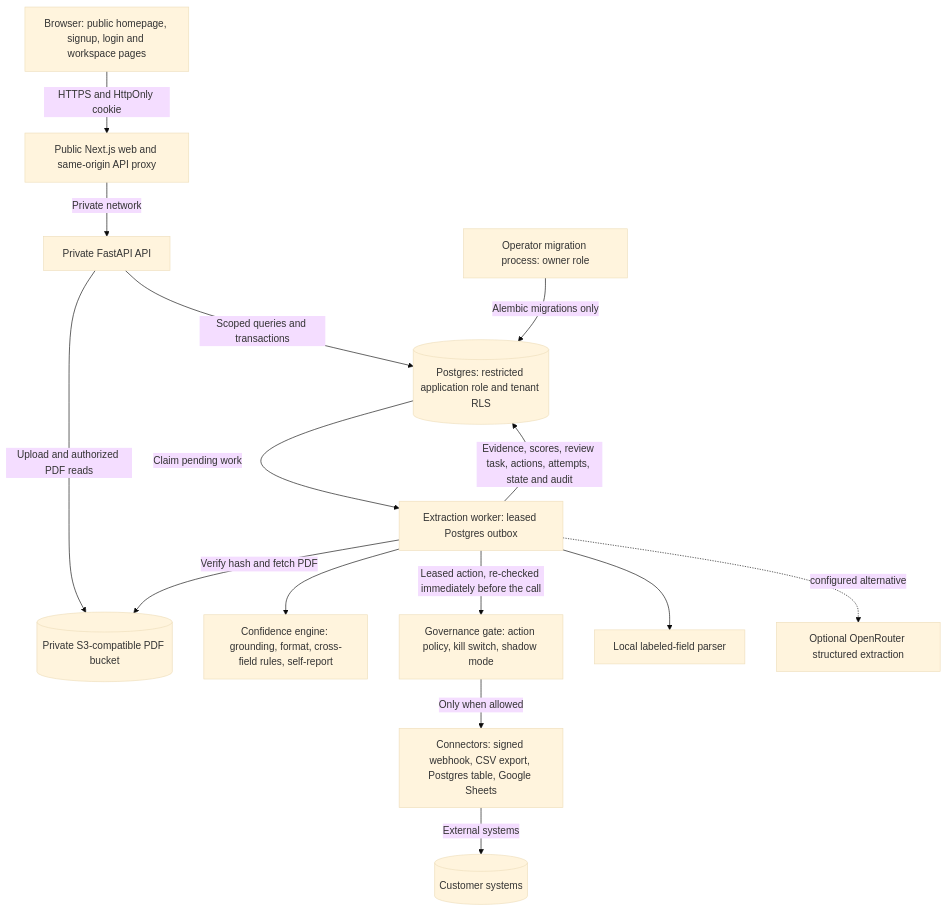
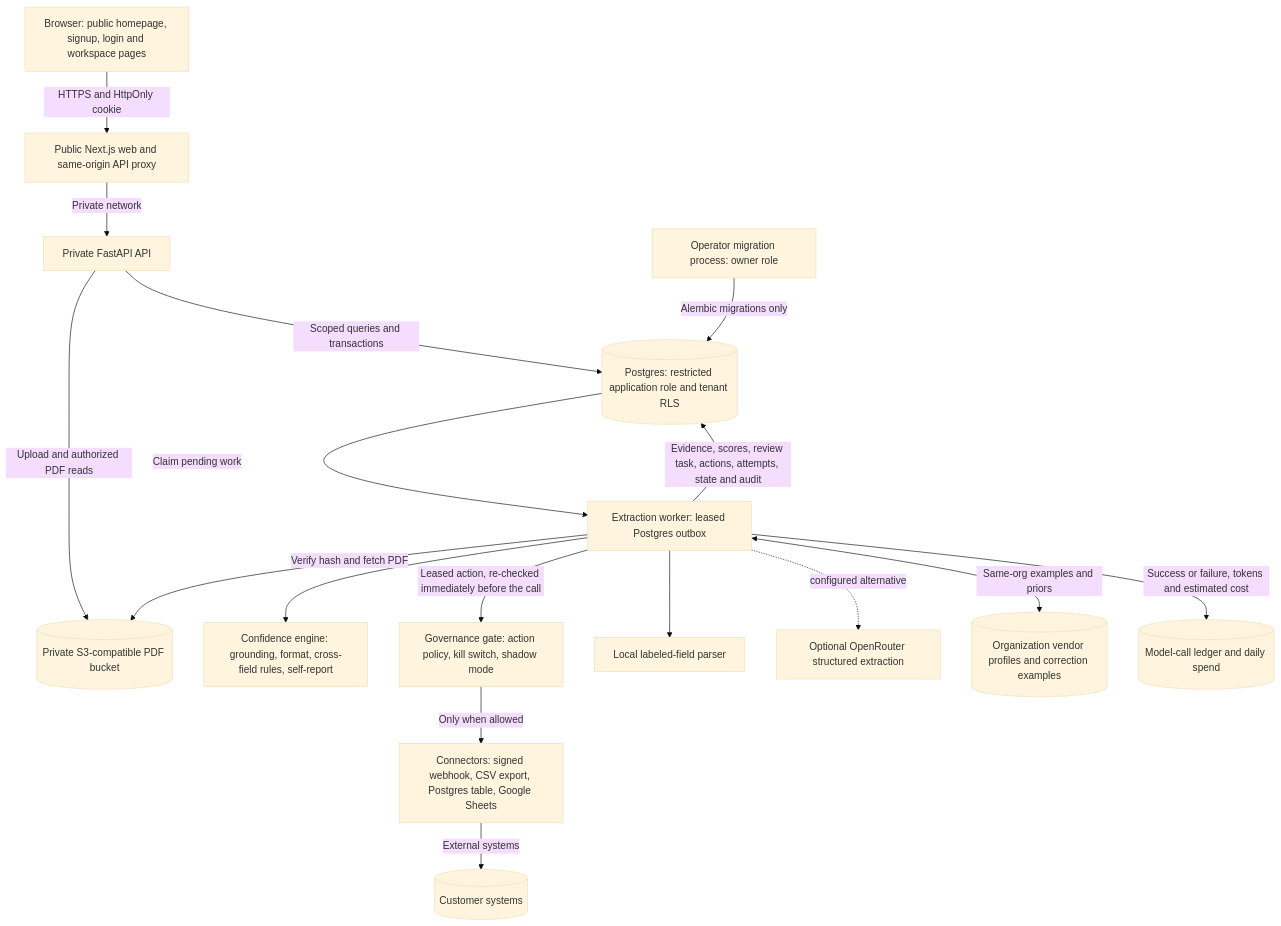
One commit to Abhinavsuri90/opspilot changed the first of 7 diagrams in SYSTEM_DESIGN.md. Above: the diagram before and after it, drawn with Mermaid (base theme). The commit also changed other lines of this file and 8 other files, not shown here.

Commit message:
feat(dev): seed realistic local workspaces and verify flow in CI

````diff
--- a/SYSTEM_DESIGN.md
+++ b/SYSTEM_DESIGN.md
@@ -24,29 +24,33 @@
 ```mermaid
 flowchart TB
     Browser[Browser: public homepage, signup, login and workspace pages]
     Web[Public Next.js web and same-origin API proxy]
     API[Private FastAPI API]
     DB[(Postgres: restricted application role and tenant RLS)]
     Store[(Private S3-compatible PDF bucket)]
     Worker[Extraction worker: leased Postgres outbox]
     Confidence[Confidence engine: grounding, format, cross-field rules, self-report]
     Gate[Governance gate: action policy, kill switch, shadow mode]
     Connectors[Connectors: signed webhook, CSV export, Postgres table, Google Sheets]
     Rules[Local labeled-field parser]
     Router[Optional OpenRouter structured extraction]
+    Memory[(Organization vendor profiles and correction examples)]
+    Ledger[(Model-call ledger and daily spend)]
     Admin[Operator migration process: owner role]
     Browser -->|HTTPS and HttpOnly cookie| Web
     Web -->|Private network| API
     API -->|Scoped queries and transactions| DB
     API -->|Upload and authorized PDF reads| Store
     DB -->|Claim pending work| Worker
     Worker -->|Verify hash and fetch PDF| Store
     Worker --> Rules
     Worker -. configured alternative .-> Router
+    Worker <-->|Same-org examples and priors| Memory
+    Worker -->|Success or failure, tokens and estimated cost| Ledger
     Worker --> Confidence
     Worker -->|Leased action, re-checked immediately before the call| Gate
     Gate -->|Only when allowed| Connectors
     Connectors -->|External systems| Ext[(Customer systems)]
     Worker -->|Evidence, scores, review task, actions, attempts, state and audit| DB
     Admin -->|Alembic migrations only| DB
 ```
````
